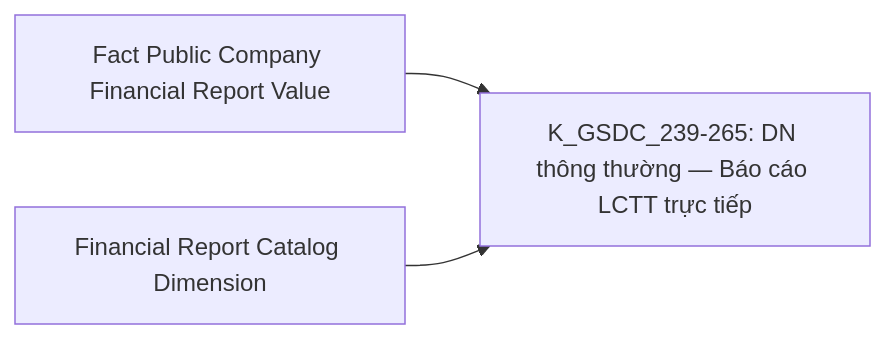
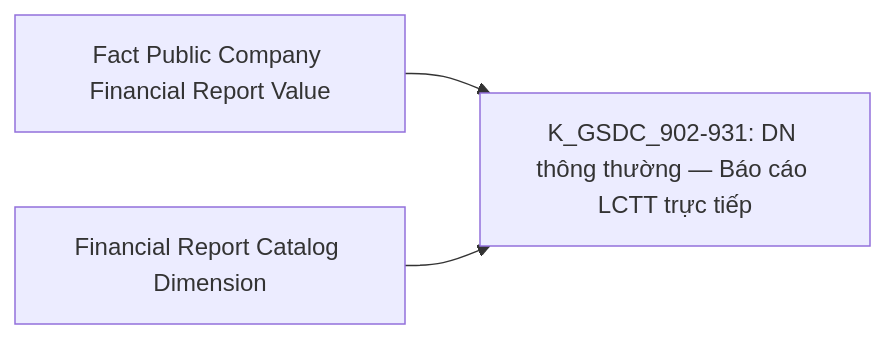
Before and after one commit to linhlvit/ubck_atomic_design: diagram 37 of 55 in Datamart/hld/DTM_GSDC_HLD.md, drawn with Mermaid. The commit also changed other lines of this file and 2 other files, not shown here.

Commit message:
update GSDC

````diff
--- a/Datamart/hld/DTM_GSDC_HLD.md
+++ b/Datamart/hld/DTM_GSDC_HLD.md
@@ -1916,5 +1919,5 @@
 ```mermaid
 flowchart LR
-    fct_pc_fr_val_g21["Fact Public Company Financial Report Value"] --> R21["K_GSDC_239-265: DN thông thường — Báo cáo LCTT trực tiếp"]
+    fct_pc_fr_val_g21["Fact Public Company Financial Report Value"] --> R21["K_GSDC_902-931: DN thông thường — Báo cáo LCTT trực tiếp"]
     financial_rpt_catalog_dim_g21["Financial Report Catalog Dimension"] --> R21
 ```
````
